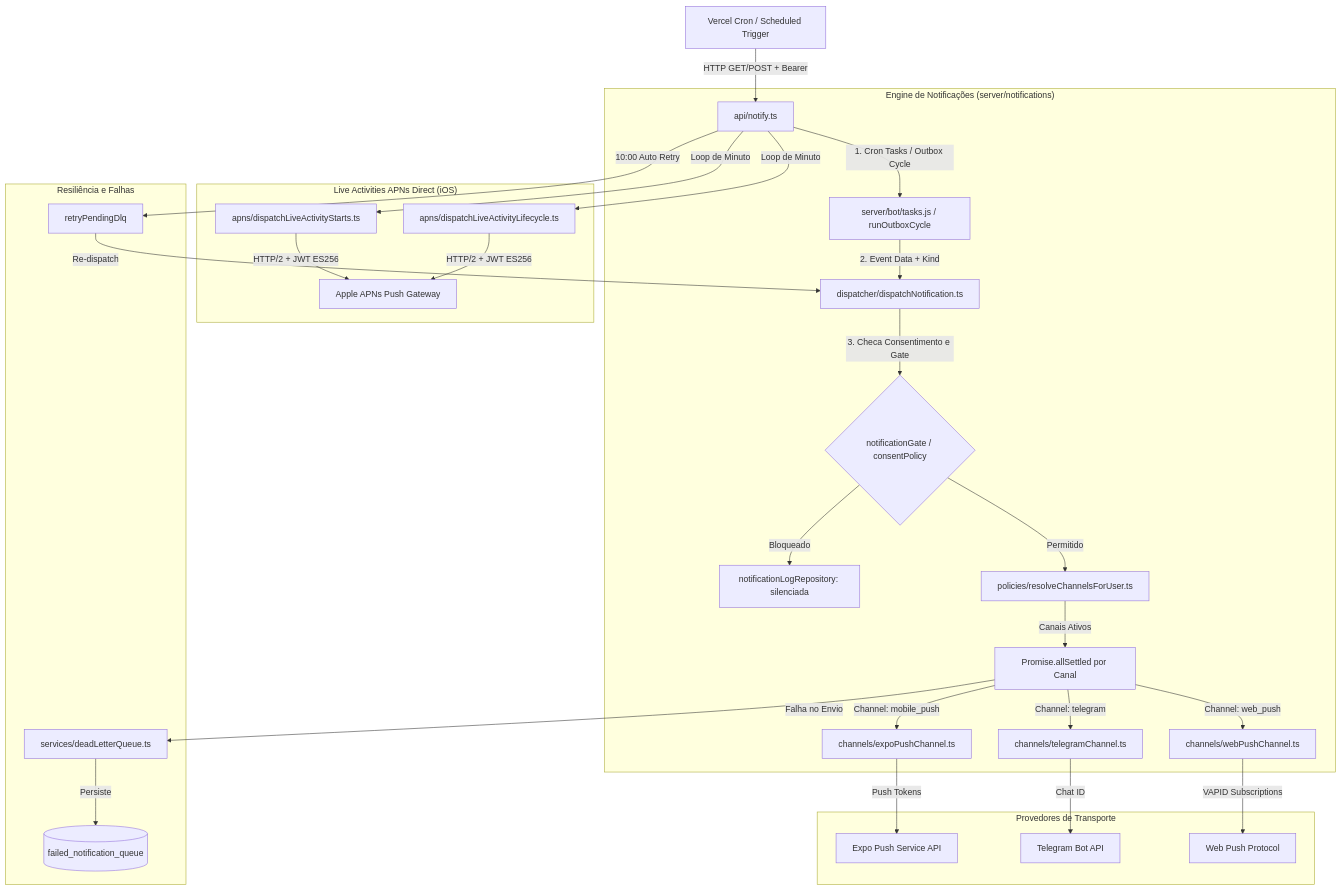
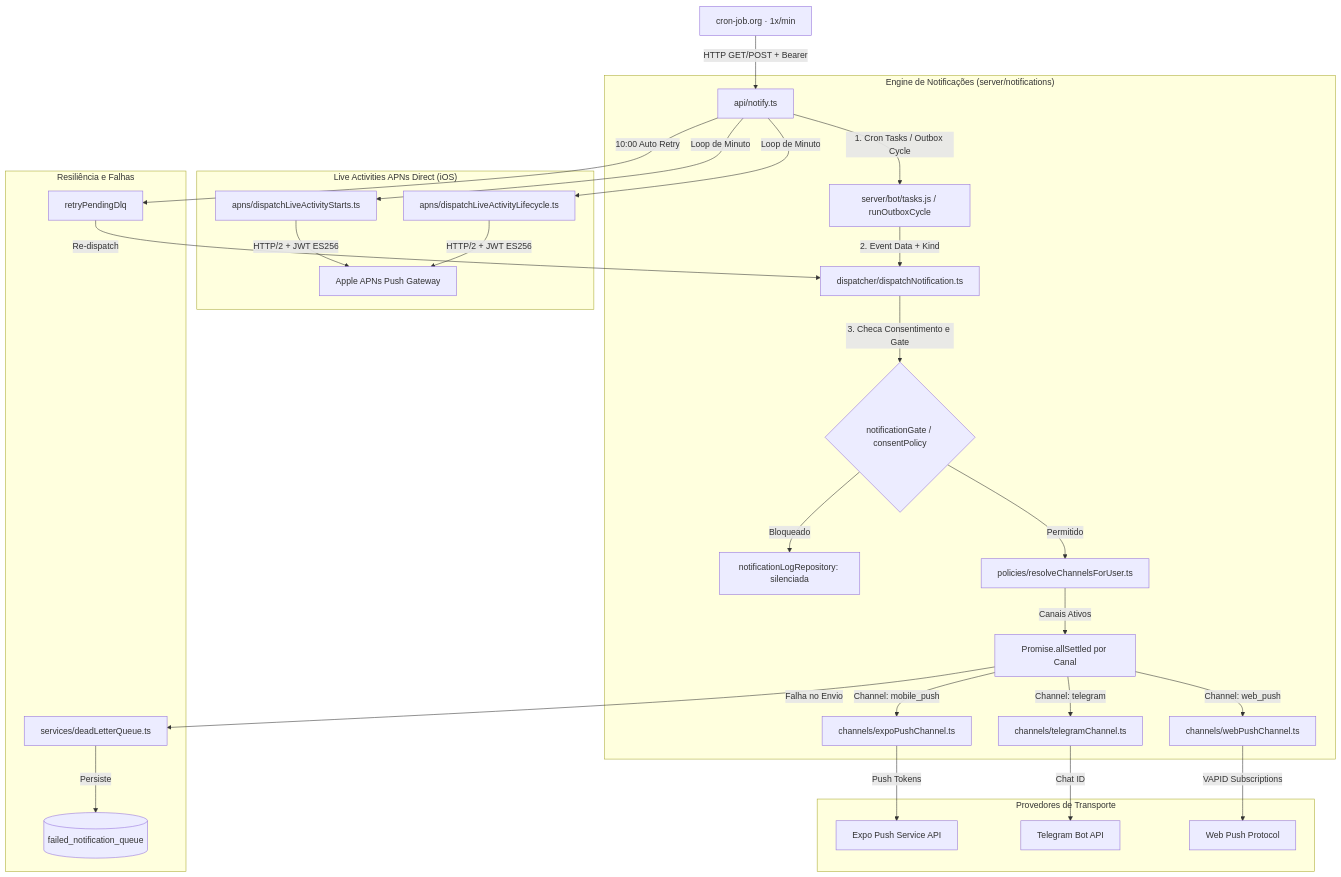
One commit to coelhotv/dosiq changed the first of 4 diagrams in docs/architecture/SERVER_NOTIFICATIONS.md. Above: the diagram before and after it, drawn with Mermaid. The commit also changed other lines of this file and 3 other files, not shown here.

````diff
--- a/docs/architecture/SERVER_NOTIFICATIONS.md
+++ b/docs/architecture/SERVER_NOTIFICATIONS.md
@@ -35,39 +37,39 @@
 ```mermaid
 flowchart TD
-    Cron[Vercel Cron / Scheduled Trigger] -->|HTTP GET/POST + Bearer| NotifyAPI[api/notify.ts]
+    Cron[cron-job.org · 1x/min] -->|HTTP GET/POST + Bearer| NotifyAPI[api/notify.ts]
     
     subgraph Engine["Engine de Notificações (server/notifications)"]
         NotifyAPI -->|1. Cron Tasks / Outbox Cycle| Tasks[server/bot/tasks.js / runOutboxCycle]
         Tasks -->|2. Event Data + Kind| Dispatcher[dispatcher/dispatchNotification.ts]
         
         Dispatcher -->|3. Checa Consentimento e Gate| GatePolicy{notificationGate / consentPolicy}
         GatePolicy -->|Bloqueado| LogSuppressed[notificationLogRepository: silenciada]
         GatePolicy -->|Permitido| ResolveChannels[policies/resolveChannelsForUser.ts]
         
         ResolveChannels -->|Canais Ativos| ChannelPool[Promise.allSettled por Canal]
         
         ChannelPool -->|Channel: mobile_push| ExpoChannel[channels/expoPushChannel.ts]
         ChannelPool -->|Channel: telegram| TelegramChannel[channels/telegramChannel.ts]
         ChannelPool -->|Channel: web_push| WebPushChannel[channels/webPushChannel.ts]
     end
     
     subgraph Providers["Provedores de Transporte"]
         ExpoChannel -->|Push Tokens| ExpoSDK[Expo Push Service API]
         TelegramChannel -->|Chat ID| TelegramAPI[Telegram Bot API]
         WebPushChannel -->|VAPID Subscriptions| WebPushAPI[Web Push Protocol]
     end
 
     subgraph APNS["Live Activities APNs Direct (iOS)"]
         NotifyAPI -->|Loop de Minuto| APNSStart[apns/dispatchLiveActivityStarts.ts]
         NotifyAPI -->|Loop de Minuto| APNSLifecycle[apns/dispatchLiveActivityLifecycle.ts]
         APNSStart -->|HTTP/2 + JWT ES256| AppleAPNs[Apple APNs Push Gateway]
         APNSLifecycle -->|HTTP/2 + JWT ES256| AppleAPNs
     end
 
     subgraph Resiliency["Resiliência e Falhas"]
         ChannelPool -->|Falha no Envio| DLQEnqueue[services/deadLetterQueue.ts]
         DLQEnqueue -->|Persiste| DLQTable[(failed_notification_queue)]
         NotifyAPI -->|10:00 Auto Retry| AutoRetryDLQ[retryPendingDlq]
         AutoRetryDLQ -->|Re-dispatch| Dispatcher
     end
 ```
````
